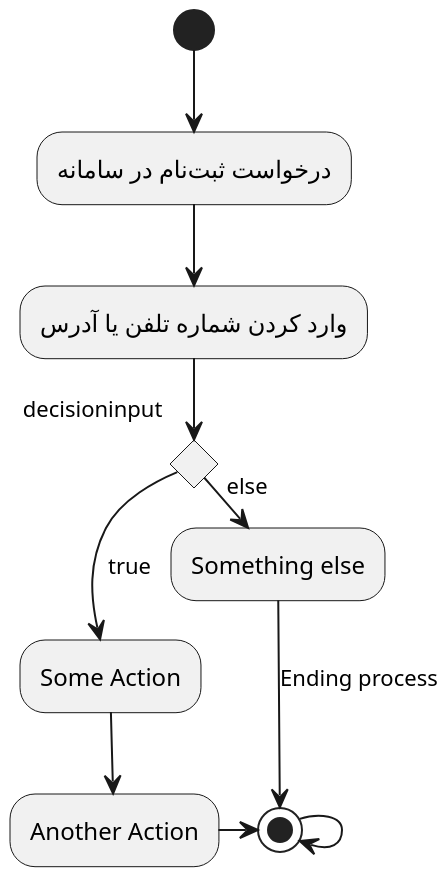
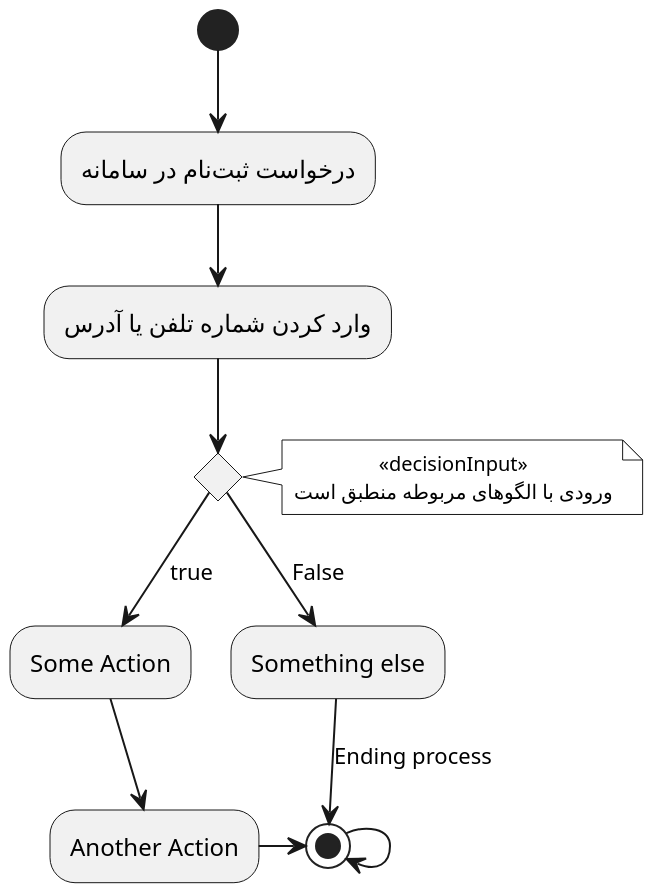
One commit to soleyman79/Qasedak changed the diagram in PlantUML/Activity Diagram/Signup.puml. Above: the diagram before and after it, drawn with PlantUML. The commit also changed 1 other file, not shown here.

```diff
--- a/PlantUML/Activity Diagram/Signup.puml
+++ b/PlantUML/Activity Diagram/Signup.puml
@@ -1,23 +1,31 @@
 @startuml signup
 
 scale 2
+
 skinparam ActivityFontName B Nazanin
+skinparam NoteBackgroundColor White
+skinparam NoteFontSize 10
+skinparam NoteFontName B Nazanin
+skinparam NoteTextAlignment center
 
 
 (*) --> "درخواست ثبت‌نام در سامانه"
 --> "وارد کردن شماره تلفن یا آدرس"
 
-if "decisioninput" then
+if "" then
+note right
+<<decisionInput>>
+ورودی با الگوهای مربوطه منطبق است
+end note
+
   --> [true] "Some Action"
   --> "Another Action"
   -right-> (*)
 else
-  -> [else] "Something else"
+  --> [False] "Something else"
   --> [Ending process] (*)
 endif
-
-
 
 --> (*)
 
 @enduml
```
